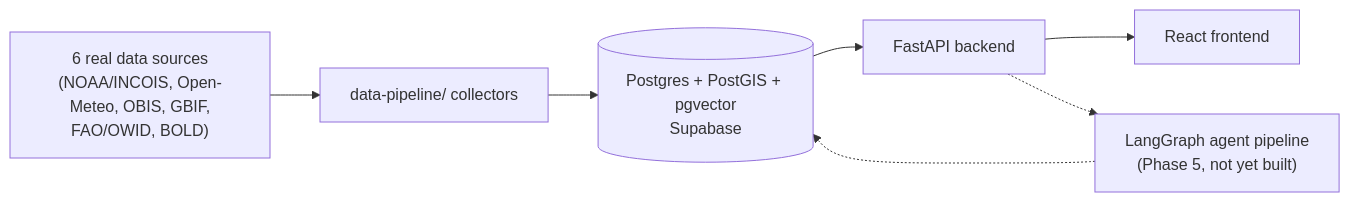
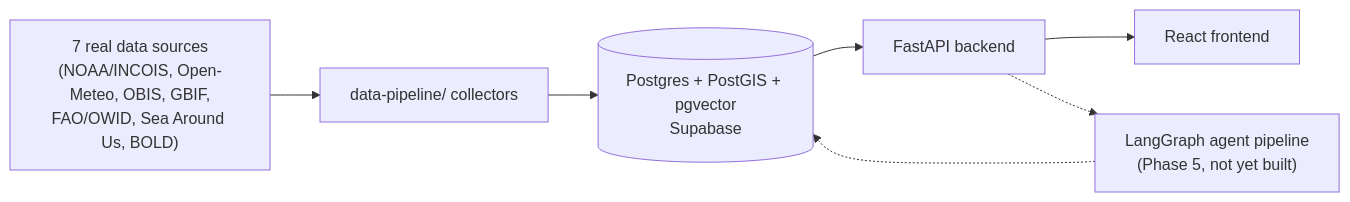
One commit to siddh-sh/OASIS changed the diagram in README.md. Above: the diagram before and after it, drawn with Mermaid. The commit also changed other lines of this file and 14 other files, not shown here.

````diff
--- a/README.md
+++ b/README.md
@@ -19,9 +19,9 @@
 ```mermaid
 flowchart LR
-    Sources["6 real data sources\n(NOAA/INCOIS, Open-Meteo, OBIS, GBIF,\nFAO/OWID, BOLD)"] --> Pipeline[data-pipeline/ collectors]
+    Sources["7 real data sources\n(NOAA/INCOIS, Open-Meteo, OBIS, GBIF,\nFAO/OWID, Sea Around Us, BOLD)"] --> Pipeline[data-pipeline/ collectors]
     Pipeline --> DB[(Postgres + PostGIS + pgvector\nSupabase)]
     DB --> API[FastAPI backend]
     API --> UI[React frontend]
     Agents["LangGraph agent pipeline\n(Phase 5, not yet built)"] -.-> DB
     API -.-> Agents
 ```
````
